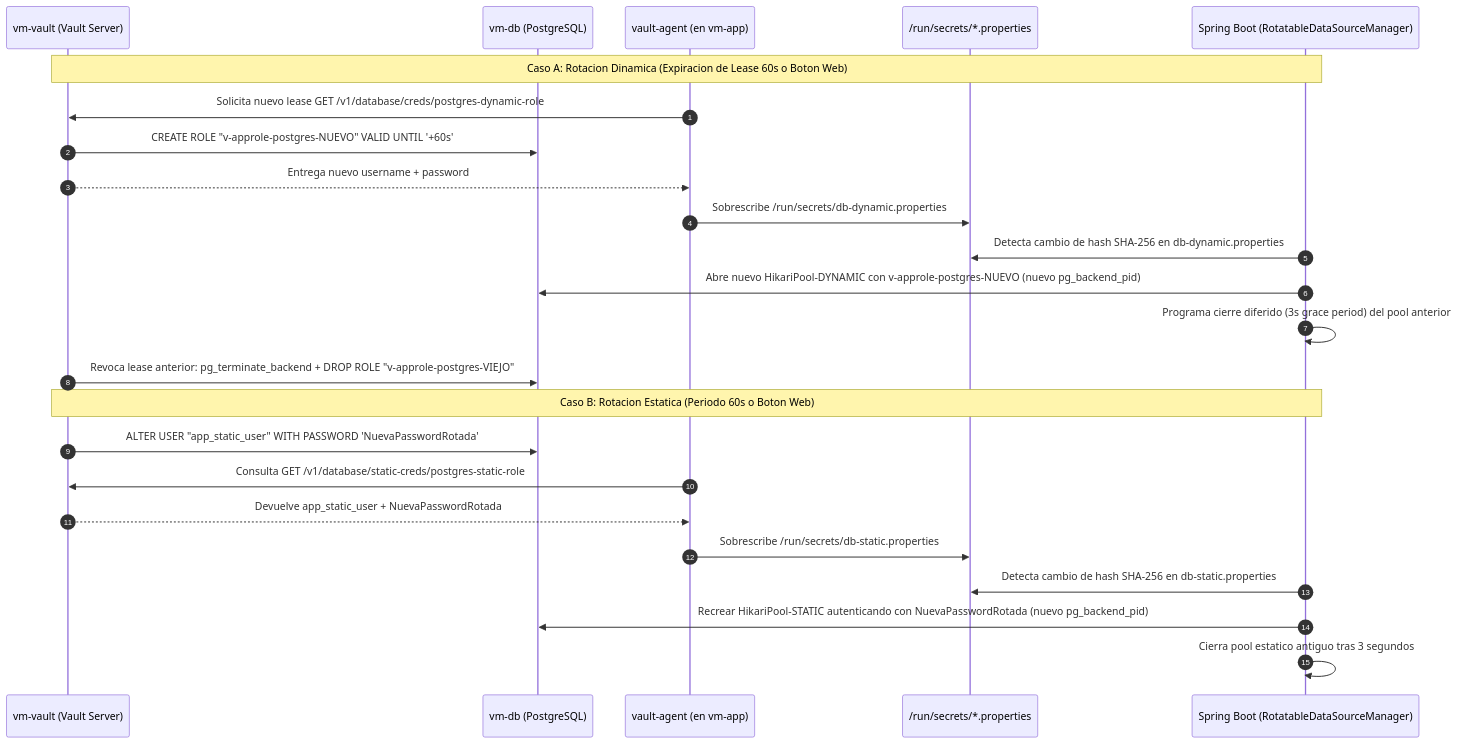
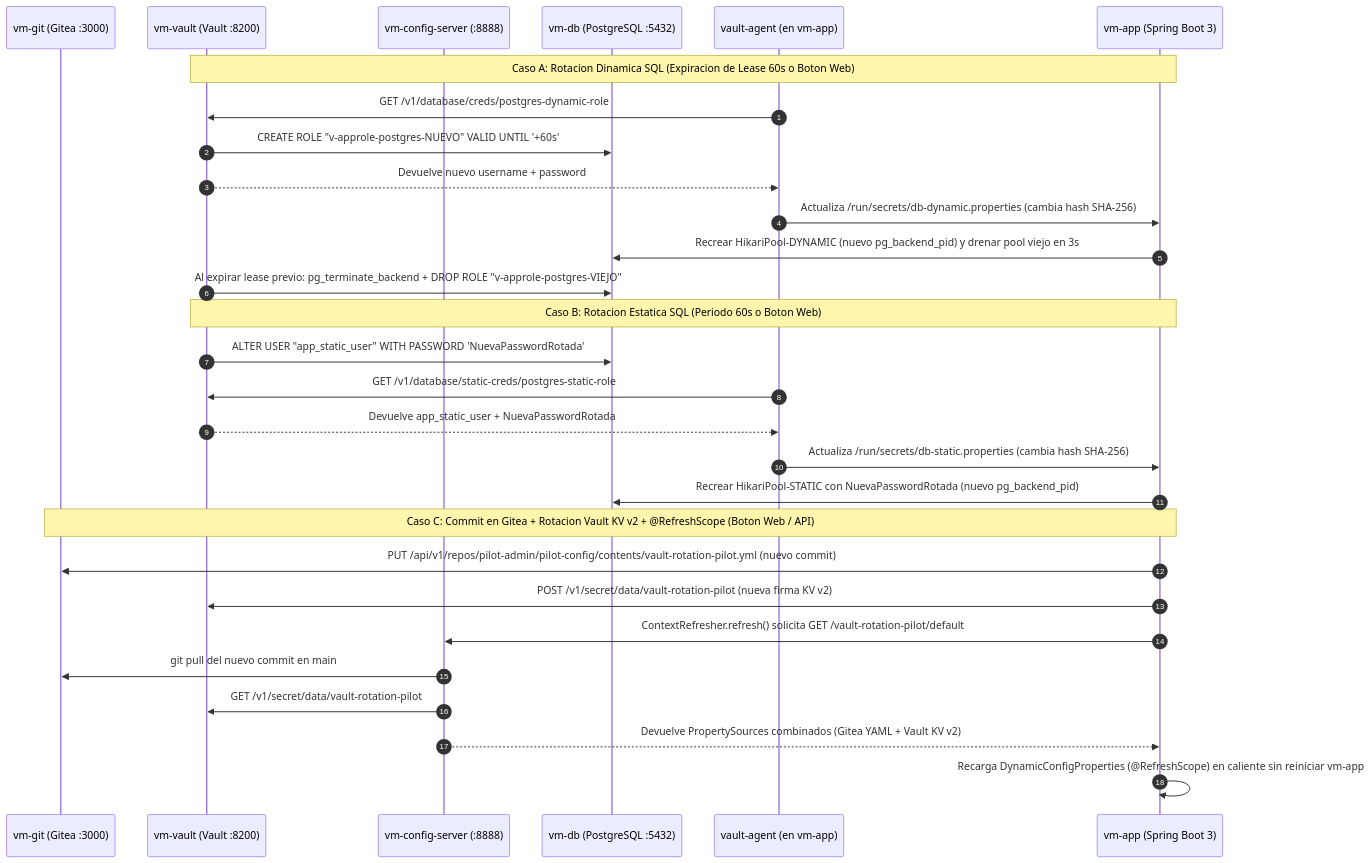
The third of 4 diagrams in docs/HOWTO-DUMMIES.md (aremox/vault), drawn with Mermaid before and after one commit. The commit also changed other lines of this file and 3 other files, not shown here.

````diff
--- a/docs/HOWTO-DUMMIES.md
+++ b/docs/HOWTO-DUMMIES.md
@@ -184,28 +190,34 @@
 ```mermaid
 sequenceDiagram
     autonumber
-    participant V as vm-vault (Vault Server)
-    participant DB as vm-db (PostgreSQL)
+    participant GIT as vm-git (Gitea :3000)
+    participant V as vm-vault (Vault :8200)
+    participant CFG as vm-config-server (:8888)
+    participant DB as vm-db (PostgreSQL :5432)
     participant AG as vault-agent (en vm-app)
-    participant FS as /run/secrets/*.properties
-    participant SB as Spring Boot (RotatableDataSourceManager)
+    participant SB as vm-app (Spring Boot 3)
 
-    Note over V,SB: Caso A: Rotacion Dinamica (Expiracion de Lease 60s o Boton Web)
-    AG->>V: Solicita nuevo lease GET /v1/database/creds/postgres-dynamic-role
+    Note over V,SB: Caso A: Rotacion Dinamica SQL (Expiracion de Lease 60s o Boton Web)
+    AG->>V: GET /v1/database/creds/postgres-dynamic-role
     V->>DB: CREATE ROLE "v-approle-postgres-NUEVO" VALID UNTIL '+60s'
-    V-->>AG: Entrega nuevo username + password
-    AG->>FS: Sobrescribe /run/secrets/db-dynamic.properties
-    SB->>FS: Detecta cambio de hash SHA-256 en db-dynamic.properties
-    SB->>DB: Abre nuevo HikariPool-DYNAMIC con v-approle-postgres-NUEVO (nuevo pg_backend_pid)
-    SB->>SB: Programa cierre diferido (3s grace period) del pool anterior
-    V->>DB: Revoca lease anterior: pg_terminate_backend + DROP ROLE "v-approle-postgres-VIEJO"
+    V-->>AG: Devuelve nuevo username + password
+    AG->>SB: Actualiza /run/secrets/db-dynamic.properties (cambia hash SHA-256)
+    SB->>DB: Recrear HikariPool-DYNAMIC (nuevo pg_backend_pid) y drenar pool viejo en 3s
+    V->>DB: Al expirar lease previo: pg_terminate_backend + DROP ROLE "v-approle-postgres-VIEJO"
 
-    Note over V,SB: Caso B: Rotacion Estatica (Periodo 60s o Boton Web)
+    Note over V,SB: Caso B: Rotacion Estatica SQL (Periodo 60s o Boton Web)
     V->>DB: ALTER USER "app_static_user" WITH PASSWORD 'NuevaPasswordRotada'
-    AG->>V: Consulta GET /v1/database/static-creds/postgres-static-role
+    AG->>V: GET /v1/database/static-creds/postgres-static-role
     V-->>AG: Devuelve app_static_user + NuevaPasswordRotada
-    AG->>FS: Sobrescribe /run/secrets/db-static.properties
-    SB->>FS: Detecta cambio de hash SHA-256 en db-static.properties
-    SB->>DB: Recrear HikariPool-STATIC autenticando con NuevaPasswordRotada (nuevo pg_backend_pid)
-    SB->>SB: Cierra pool estatico antiguo tras 3 segundos
+    AG->>SB: Actualiza /run/secrets/db-static.properties (cambia hash SHA-256)
+    SB->>DB: Recrear HikariPool-STATIC con NuevaPasswordRotada (nuevo pg_backend_pid)
+
+    Note over GIT,SB: Caso C: Commit en Gitea + Rotacion Vault KV v2 + @RefreshScope (Boton Web / API)
+    SB->>GIT: PUT /api/v1/repos/pilot-admin/pilot-config/contents/vault-rotation-pilot.yml (nuevo commit)
+    SB->>V: POST /v1/secret/data/vault-rotation-pilot (nueva firma KV v2)
+    SB->>CFG: ContextRefresher.refresh() solicita GET /vault-rotation-pilot/default
+    CFG->>GIT: git pull del nuevo commit en main
+    CFG->>V: GET /v1/secret/data/vault-rotation-pilot
+    CFG-->>SB: Devuelve PropertySources combinados (Gitea YAML + Vault KV v2)
+    SB->>SB: Recarga DynamicConfigProperties (@RefreshScope) en caliente sin reiniciar vm-app
 ```
````
